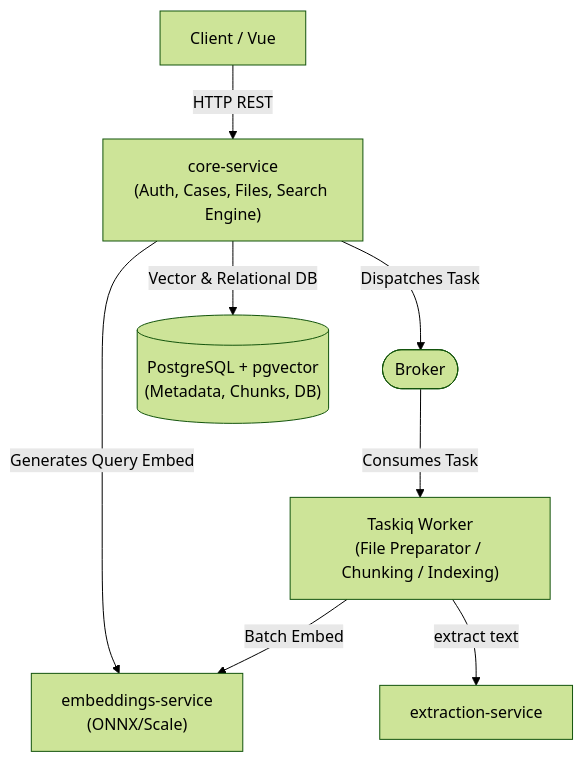
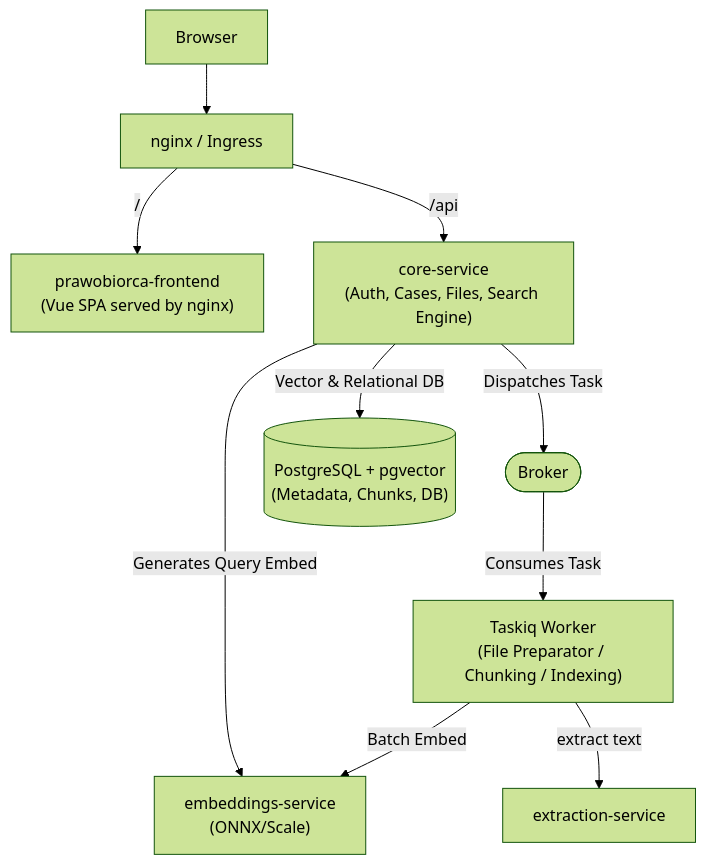
The first of 2 diagrams in docs/architecture/architecture.md (ErykMikolajewicz/prawobiorca-backend), drawn with Mermaid (forest theme) before and after one commit. The commit also changed other lines of this file and 7 other files, not shown here.

````diff
--- a/docs/architecture/architecture.md
+++ b/docs/architecture/architecture.md
@@ -17,18 +19,22 @@
 ```mermaid
 flowchart TD
-    Client["Client / Vue"]
+    Browser["Browser"]
+    Ingress["nginx / Ingress"]
+    Frontend["prawobiorca-frontend<br/>(Vue SPA served by nginx)"]
     Core["core-service<br/>(Auth, Cases, Files, Search Engine)"]
     Broker(["Broker"])
     Worker["Taskiq Worker<br/>(File Preparator / Chunking / Indexing)"]
     Embeddings["embeddings-service<br/>(ONNX/Scale)"]
     Extraction["extraction-service"]
     DB[("PostgreSQL + pgvector<br/>(Metadata, Chunks, DB)")]
 
-    Client -->|HTTP REST| Core
+    Browser --> Ingress
+    Ingress -->|"/"| Frontend
+    Ingress -->|"/api"| Core
     Core -->|Dispatches Task| Broker
     Core -->|Generates Query Embed| Embeddings
     Core -->|Vector & Relational DB| DB
     Broker -->|Consumes Task| Worker
     Worker -->|Batch Embed| Embeddings
     Worker -->|extract text| Extraction
 ```
````
